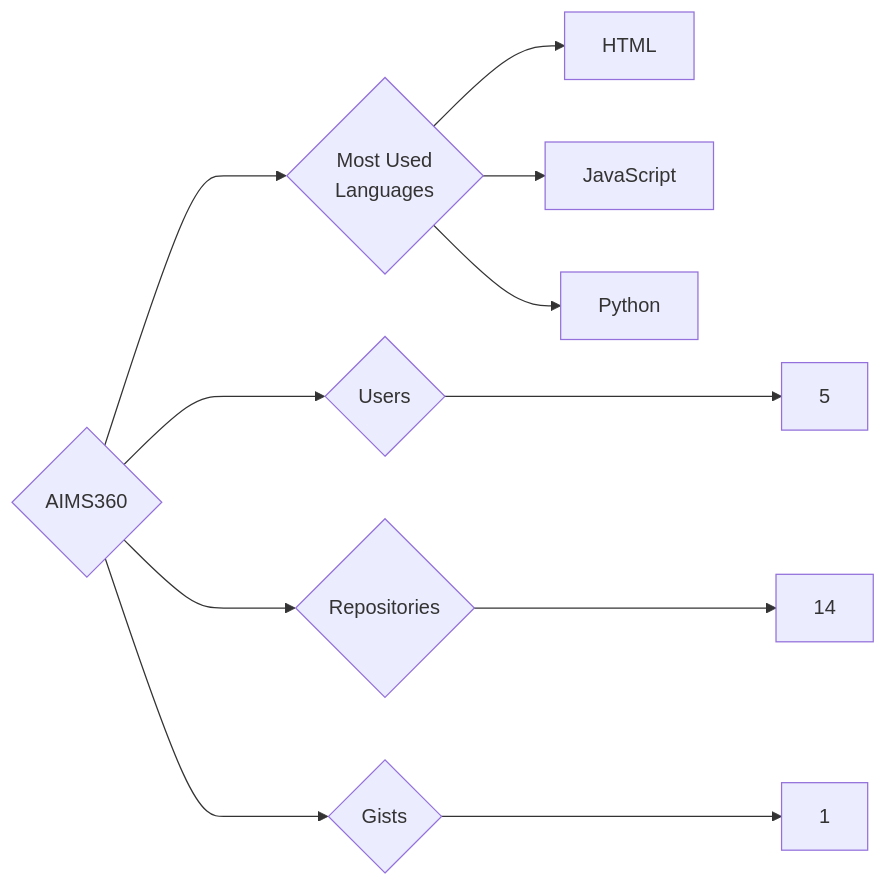
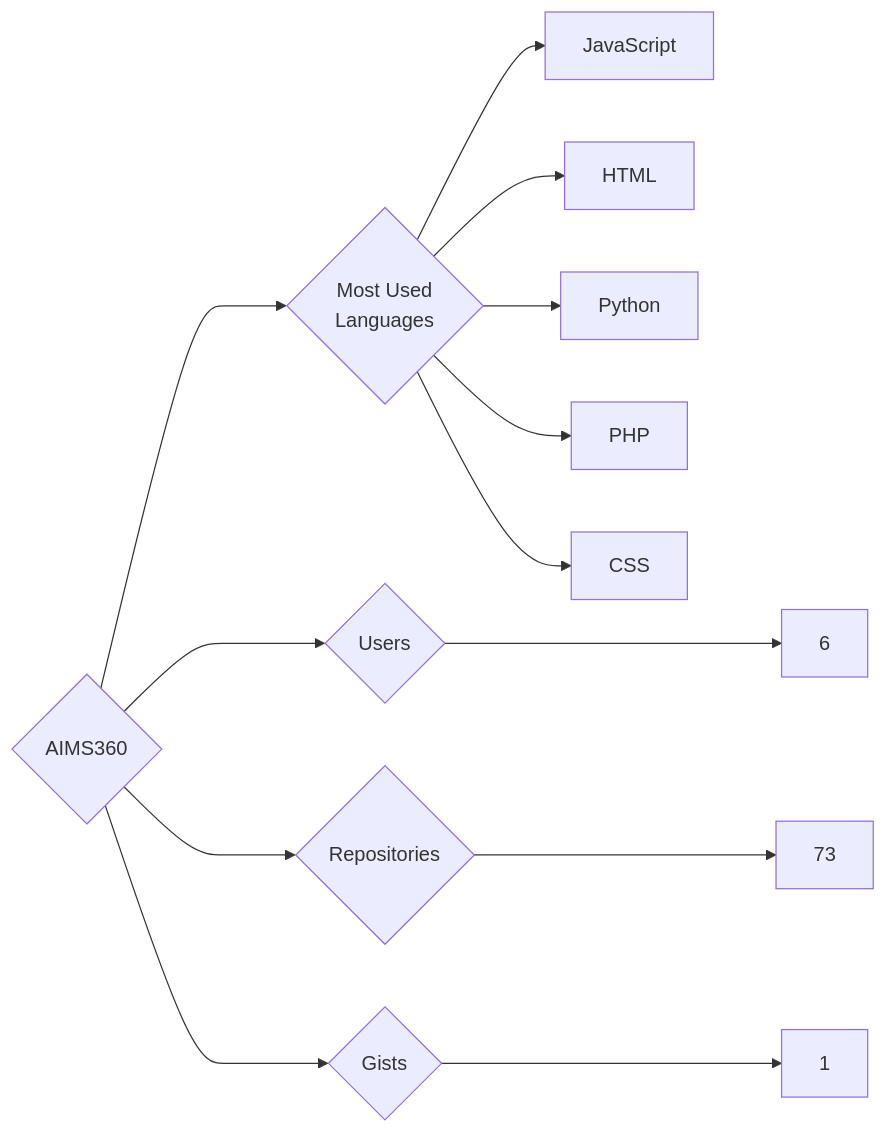
One commit to trickest/insiders changed the diagram in targets/AIMS360/README.md. Above: the diagram before and after it, drawn with Mermaid. The commit also changed 1089 other files, not shown here.

````diff
--- a/targets/AIMS360/README.md
+++ b/targets/AIMS360/README.md
@@ -3,11 +3,13 @@
 ```mermaid
 graph LR
 COMPANY_NAME{AIMS360}
-COMPANY_NAME ---> U{Users} ---> UN[5]
-COMPANY_NAME ---> R{Repositories} ---> RN[14]
+COMPANY_NAME ---> U{Users} ---> UN[6]
+COMPANY_NAME ---> R{Repositories} ---> RN[73]
 COMPANY_NAME ---> G{Gists} ---> GN[1]
 COMPANY_NAME ---> ML{Most Used<br>Languages}
+ML --> JavaScript[JavaScript]
 ML --> HTML[HTML]
-ML --> JavaScript[JavaScript]
 ML --> Python[Python]
+ML --> PHP[PHP]
+ML --> CSS[CSS]
 ```
````
